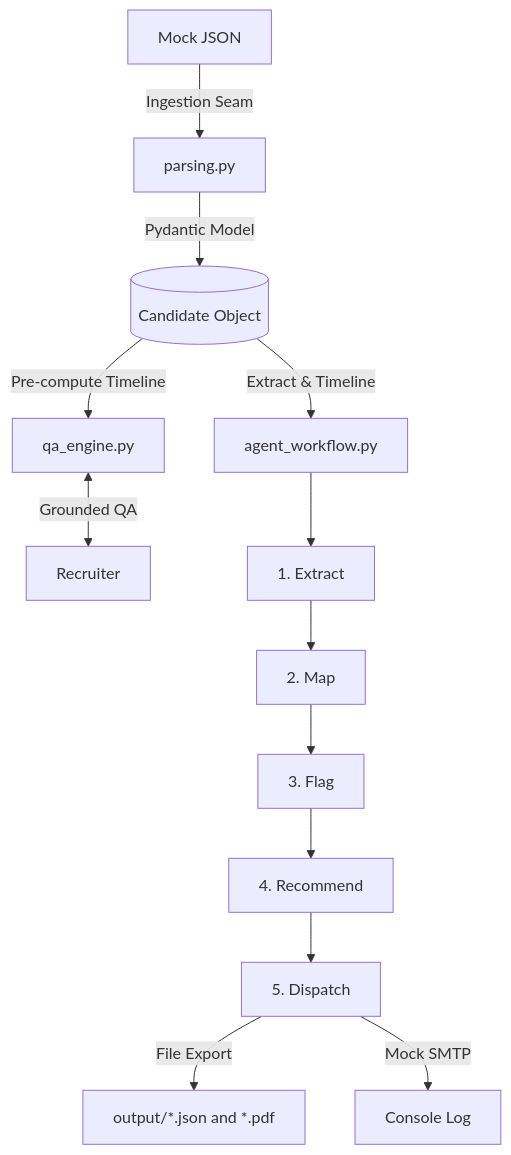
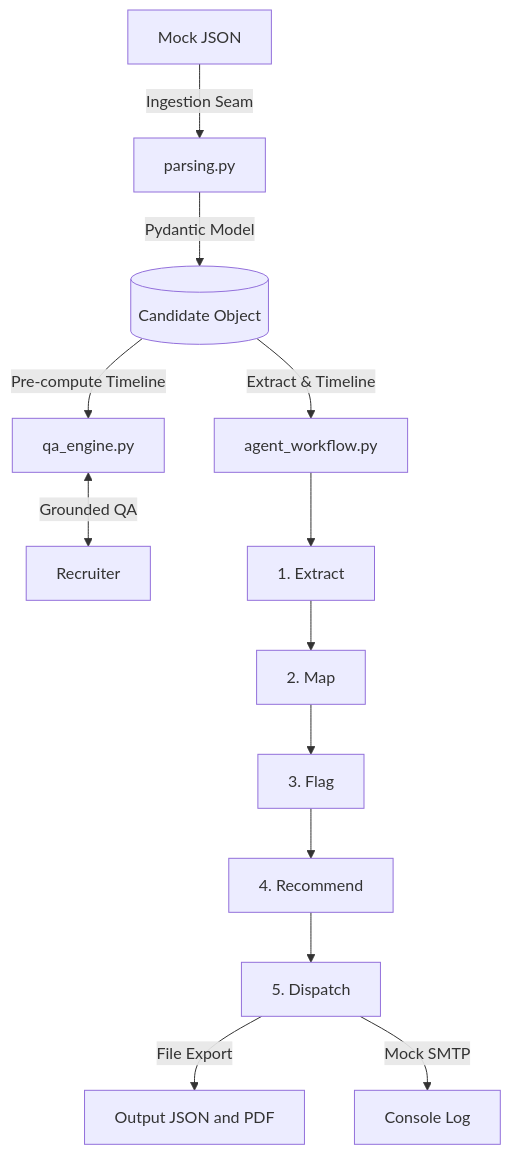
One commit to prvcds/resumeiq-agentic-pipeline changed the diagram in README.md. Above: the diagram before and after it, drawn with Mermaid. The commit also changed other lines of this file, not shown here.

Commit message:
Fix Mermaid diagram rendering

````diff
--- a/README.md
+++ b/README.md
@@ -9,15 +10,17 @@
 ```mermaid
 flowchart TD
     A["Mock JSON"] -->|Ingestion Seam| B["parsing.py"]
     B -->|Pydantic Model| C[("Candidate Object")]
     C -->|Pre-compute Timeline| D["qa_engine.py"]
-    D <-->|Grounded QA| Recruiter
+    D <-->|Grounded QA| R["Recruiter"]
+
     C -->|Extract & Timeline| E["agent_workflow.py"]
     E --> F["1. Extract"]
     F --> G["2. Map"]
     G --> H["3. Flag"]
     H --> I["4. Recommend"]
     I --> J["5. Dispatch"]
-    J -->|File Export| K["output/*.json and *.pdf"]
+
+    J -->|File Export| K["Output JSON and PDF"]
     J -->|Mock SMTP| L["Console Log"]
 ```
````
